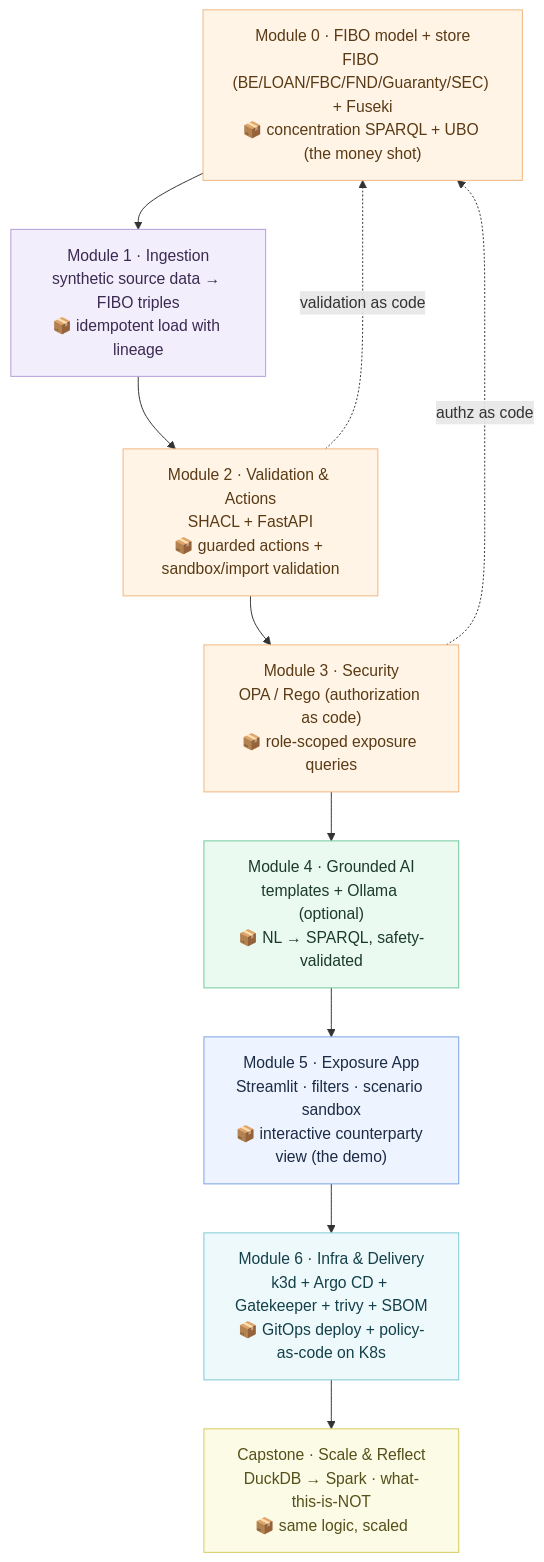
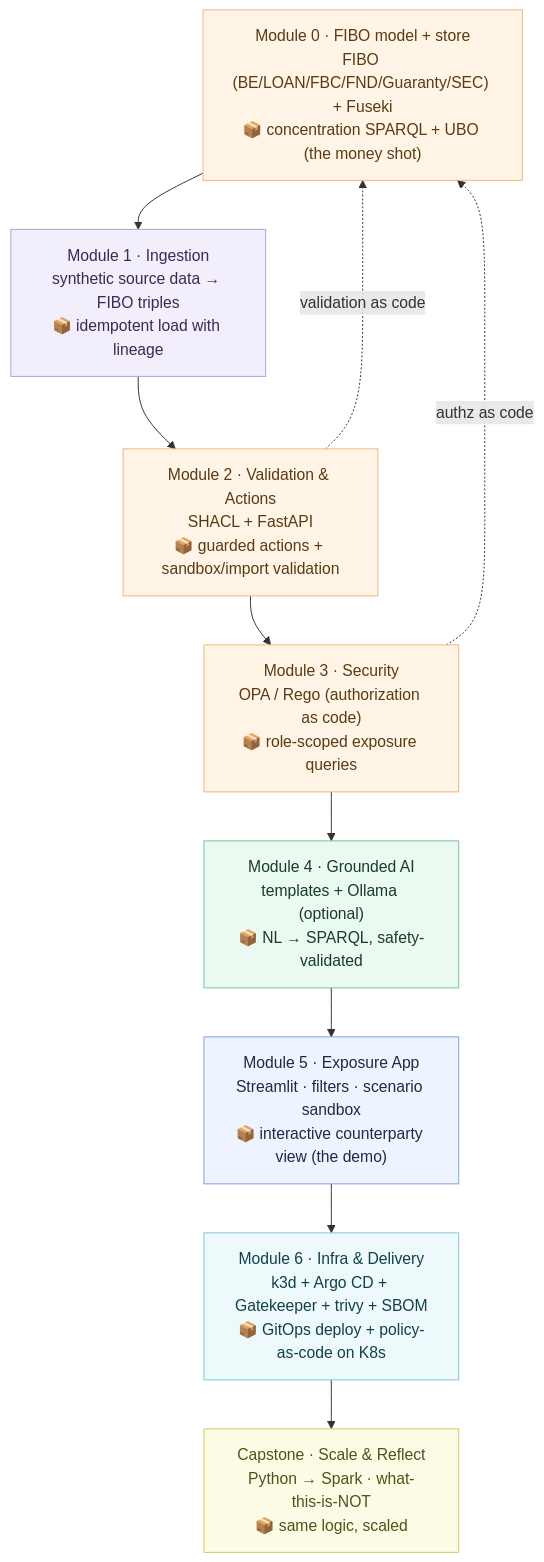
The diagram in docs/lab-handbook.md (jaricsng/counterparty-concentration-lens), drawn with Mermaid before and after one commit. The commit also changed other lines of this file and 2 other files, not shown here.

````diff
--- a/docs/lab-handbook.md
+++ b/docs/lab-handbook.md
@@ -31,30 +31,30 @@
 ```mermaid
 flowchart TB
     M0["Module 0 · FIBO model + store<br/>FIBO (BE/LOAN/FBC/FND/Guaranty/SEC) + Fuseki<br/>📦 concentration SPARQL + UBO (the money shot)"]
     M1["Module 1 · Ingestion<br/>synthetic source data → FIBO triples<br/>📦 idempotent load with lineage"]
     M2["Module 2 · Validation & Actions<br/>SHACL + FastAPI<br/>📦 guarded actions + sandbox/import validation"]
     M3["Module 3 · Security<br/>OPA / Rego (authorization as code)<br/>📦 role-scoped exposure queries"]
     M4["Module 4 · Grounded AI<br/>templates + Ollama (optional)<br/>📦 NL → SPARQL, safety-validated"]
     M5["Module 5 · Exposure App<br/>Streamlit · filters · scenario sandbox<br/>📦 interactive counterparty view (the demo)"]
     M6["Module 6 · Infra & Delivery<br/>k3d + Argo CD + Gatekeeper + trivy + SBOM<br/>📦 GitOps deploy + policy-as-code on K8s"]
-    CAP["Capstone · Scale & Reflect<br/>DuckDB → Spark · what-this-is-NOT<br/>📦 same logic, scaled"]
+    CAP["Capstone · Scale & Reflect<br/>Python → Spark · what-this-is-NOT<br/>📦 same logic, scaled"]
 
     M0 --> M1 --> M2 --> M3 --> M4 --> M5 --> M6 --> CAP
 
     M2 -.->|"validation as code"| M0
     M3 -.->|"authz as code"| M0
 
     classDef ont fill:#fff4e6,stroke:#f0b67f,color:#5a3a14;
     classDef ingest fill:#f3eefb,stroke:#b39ddb,color:#3a2a52;
     classDef ai fill:#eafaf1,stroke:#74c69d,color:#1b3a2b;
     classDef app fill:#eef4ff,stroke:#7aa2e3,color:#1c2b45;
     classDef infra fill:#eef9fb,stroke:#7ec8d6,color:#13404a;
     classDef cap fill:#fcfbe6,stroke:#d4c95e,color:#54501a;
 
     class M0,M2,M3 ont;
     class M1 ingest;
     class M4 ai;
     class M5 app;
     class M6 infra;
     class CAP cap;
 ```
````
